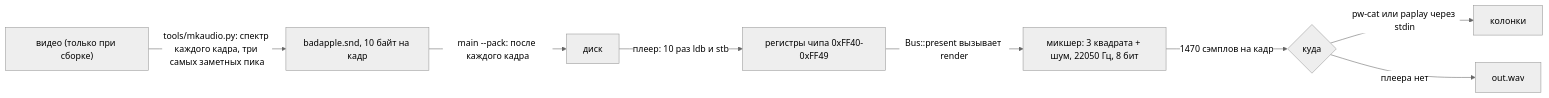
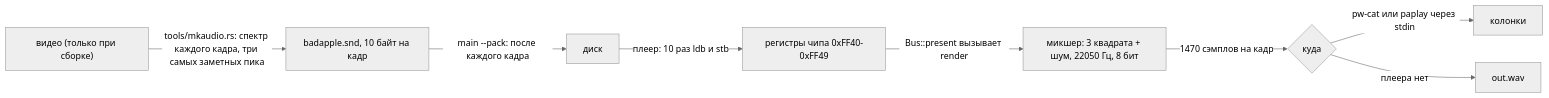
One commit to loki5512344ss/SummumOS changed diagram 15 of 20 in чертежи.md. Above: the diagram before and after it, drawn with Mermaid (neutral theme). The commit also changed other lines of this file and 5 other files, not shown here.

````diff
--- a/чертежи.md
+++ b/чертежи.md
@@ -336,10 +348,10 @@
 ```mermaid
 graph LR
-    mp4["видео (только при сборке)"] -->|"tools/mkaudio.py: спектр каждого кадра, три самых заметных пика"| snd["badapple.snd, 10 байт на кадр"]
+    mp4["видео (только при сборке)"] -->|"tools/mkaudio.rs: спектр каждого кадра, три самых заметных пика"| snd["badapple.snd, 10 байт на кадр"]
     snd -->|"main --pack: после каждого кадра"| bav["диск"]
     bav -->|"плеер: 10 раз ldb и stb"| regs["регистры чипа 0xFF40-0xFF49"]
     regs -->|"Bus::present вызывает render"| mixer["микшер: 3 квадрата + шум, 22050 Гц, 8 бит"]
     mixer -->|"1470 сэмплов на кадр"| sink{"куда"}
     sink -->|"pw-cat или paplay через stdin"| ears["колонки"]
     sink -->|"плеера нет"| wav["out.wav"]
 ```
````
